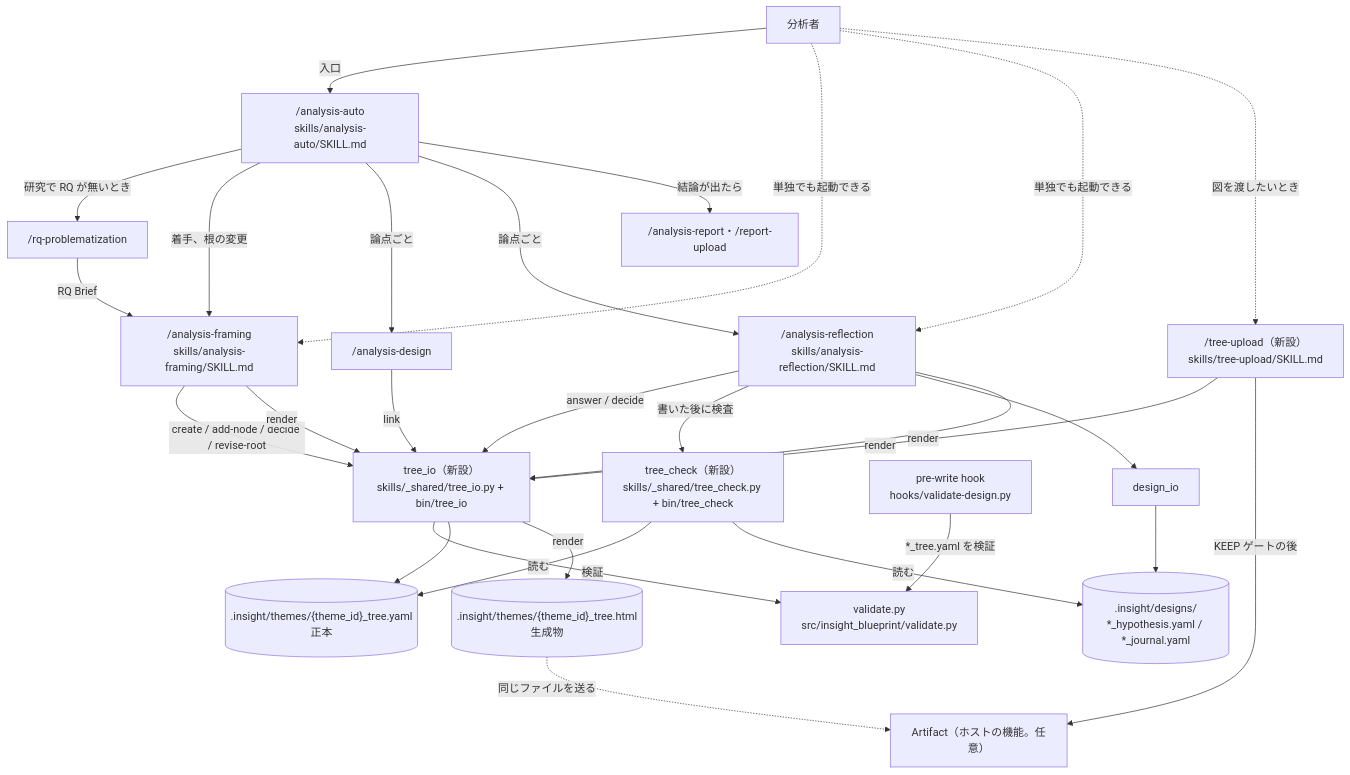
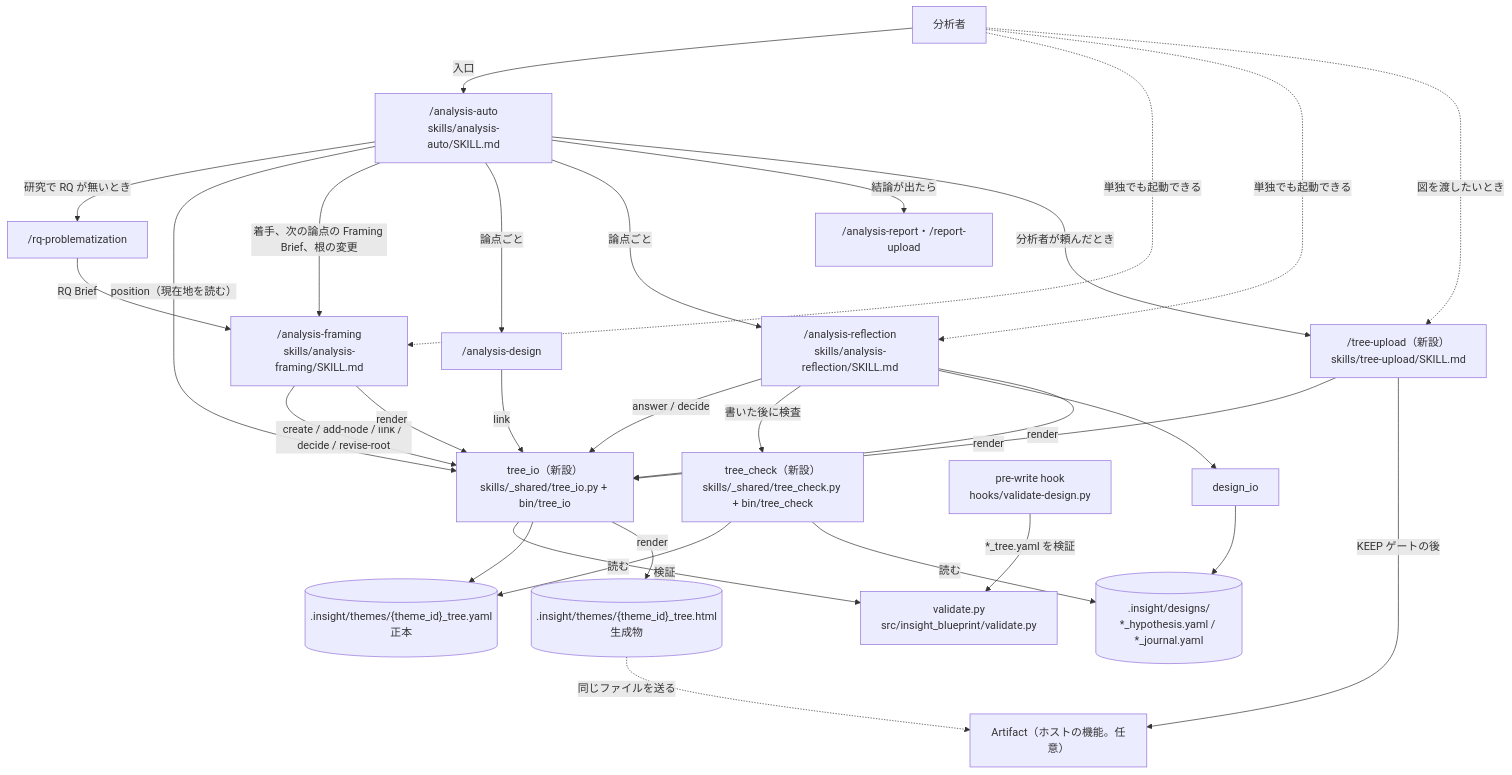
One commit to etoyama/insight-blueprint-skills changed the first of 3 diagrams in docs/design/epic-18-question-tree.md. Above: the diagram before and after it, drawn with Mermaid. The commit also changed other lines of this file and 5 other files, not shown here.

First line of the commit message:
docs: ARCHITECTURE の図と DesignDoc を、論点ごとの巡回に合わせる（#127）

````diff
--- a/docs/design/epic-18-question-tree.md
+++ b/docs/design/epic-18-question-tree.md
@@ -165,48 +165,50 @@
 ```mermaid
 flowchart TD
     U[分析者]
     AUTO["/analysis-auto<br/>skills/analysis-auto/SKILL.md"]
     RQ["/rq-problematization"]
     RP["/analysis-report・/report-upload"]
     FR["/analysis-framing<br/>skills/analysis-framing/SKILL.md"]
     DS["/analysis-design"]
     RF["/analysis-reflection<br/>skills/analysis-reflection/SKILL.md"]
     TIO["tree_io（新設）<br/>skills/_shared/tree_io.py + bin/tree_io"]
     TC["tree_check（新設）<br/>skills/_shared/tree_check.py + bin/tree_check"]
     VAL["validate.py<br/>src/insight_blueprint/validate.py"]
     HOOK["pre-write hook<br/>hooks/validate-design.py"]
     DIO["design_io"]
     TREE[(".insight/themes/{theme_id}_tree.yaml<br/>正本")]
     HTML[(".insight/themes/{theme_id}_tree.html<br/>生成物")]
     DES[(".insight/designs/<br/>*_hypothesis.yaml / *_journal.yaml")]
     TU["/tree-upload（新設）<br/>skills/tree-upload/SKILL.md"]
     ART["Artifact（ホストの機能。任意）"]
 
     U -->|入口| AUTO
     AUTO -->|研究で RQ が無いとき| RQ
     RQ -->|RQ Brief| FR
-    AUTO -->|着手、根の変更| FR
+    AUTO -->|position（現在地を読む）| TIO
+    AUTO -->|着手、次の論点の Framing Brief、根の変更| FR
     AUTO -->|論点ごと| DS
     AUTO -->|論点ごと| RF
     AUTO -->|結論が出たら| RP
     U -.->|単独でも起動できる| FR
     U -.->|単独でも起動できる| RF
-    FR -->|create / add-node / decide / revise-root| TIO
+    FR -->|create / add-node / link / decide / revise-root| TIO
     DS -->|link| TIO
     RF -->|answer / decide| TIO
     RF -->|書いた後に検査| TC
     TIO -->|検証| VAL
     HOOK -->|"*_tree.yaml を検証"| VAL
     TIO --> TREE
     TIO -->|render| HTML
     TC -->|読む| TREE
     TC -->|読む| DES
     RF --> DIO
     DIO --> DES
     FR -->|render| TIO
     RF -->|render| TIO
     U -.->|図を渡したいとき| TU
+    AUTO -->|分析者が頼んだとき| TU
     TU -->|render| TIO
     TU -->|KEEP ゲートの後| ART
     HTML -.->|同じファイルを送る| ART
 ```
````
